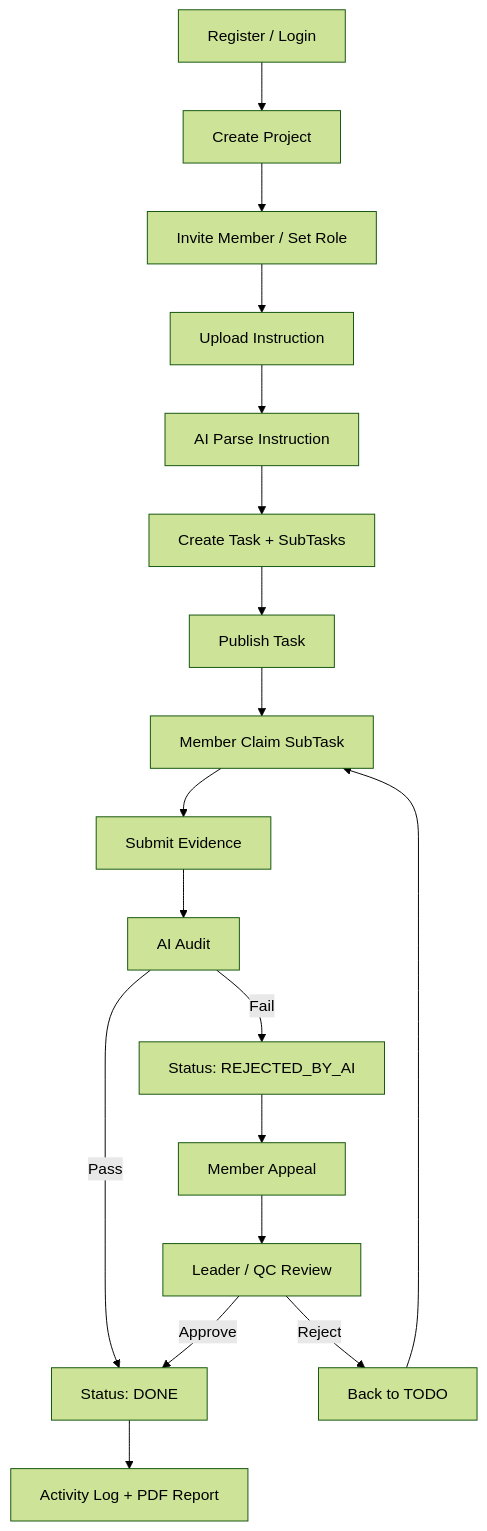
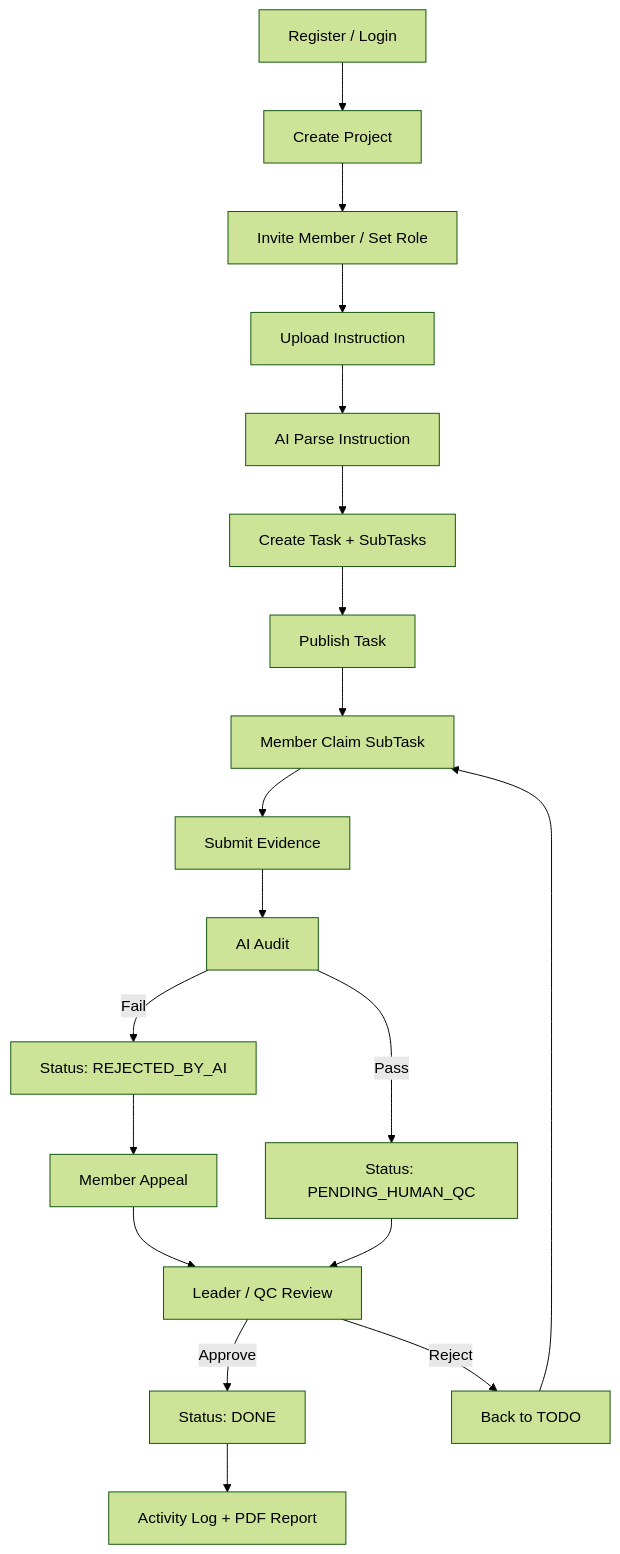
The second of 2 diagrams in README.md (RafandiNF07/task_management_with_ai_integration), drawn with Mermaid (forest theme) before and after one commit.

Commit message:
perubahan readme

````diff
--- a/README.md
+++ b/README.md
@@ -117,20 +117,21 @@
 ```mermaid
 flowchart TD
     A[Register / Login] --> B[Create Project]
     B --> C[Invite Member / Set Role]
     C --> D[Upload Instruction]
     D --> E[AI Parse Instruction]
     E --> F[Create Task + SubTasks]
     F --> G[Publish Task]
     G --> H[Member Claim SubTask]
     H --> I[Submit Evidence]
     I --> J[AI Audit]
-    J -->|Pass| K[Status: DONE]
+    J -->|Pass| K[Status: PENDING_HUMAN_QC]
     J -->|Fail| L[Status: REJECTED_BY_AI]
     L --> M[Member Appeal]
     M --> N[Leader / QC Review]
-    N -->|Approve| K
-    N -->|Reject| O[Back to TODO]
-    O --> H
-    K --> P[Activity Log + PDF Report]
+    K --> N
+    N -->|Approve| O[Status: DONE]
+    N -->|Reject| Q[Back to TODO]
+    Q --> H
+    O --> P[Activity Log + PDF Report]
 ```
````
